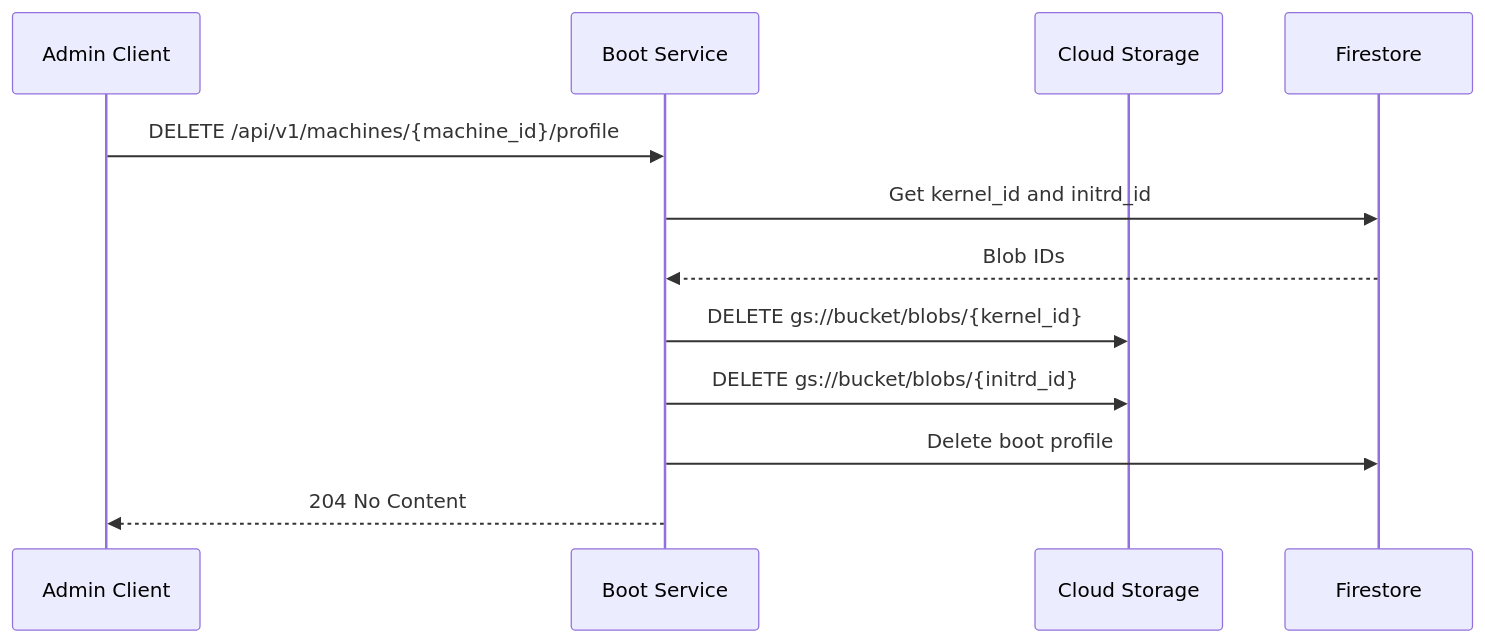
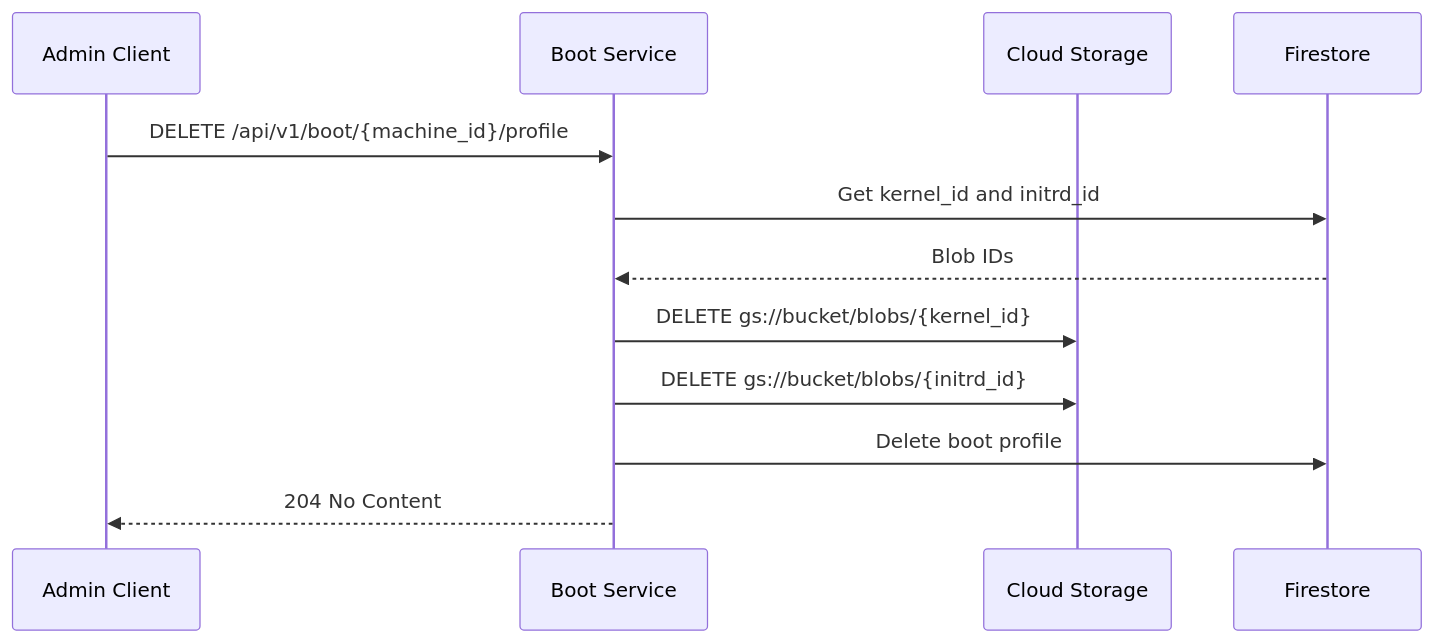
Before and after one commit to Zaba505/infra: the fourth of 4 diagrams in docs/content/r&d/services/boot/admin-api.md, drawn with Mermaid. The commit also changed other lines of this file, not shown here.

````diff
--- a/docs/content/r&d/services/boot/admin-api.md
+++ b/docs/content/r&d/services/boot/admin-api.md
@@ -236,15 +236,15 @@
 ```mermaid
 sequenceDiagram
     participant Client as Admin Client
     participant Boot as Boot Service
     participant Storage as Cloud Storage
     participant DB as Firestore
     
-    Client->>Boot: DELETE /api/v1/machines/{machine_id}/profile
+    Client->>Boot: DELETE /api/v1/boot/{machine_id}/profile
     Boot->>DB: Get kernel_id and initrd_id
     DB-->>Boot: Blob IDs
     Boot->>Storage: DELETE gs://bucket/blobs/{kernel_id}
     Boot->>Storage: DELETE gs://bucket/blobs/{initrd_id}
     Boot->>DB: Delete boot profile
     Boot-->>Client: 204 No Content
 ```
````
